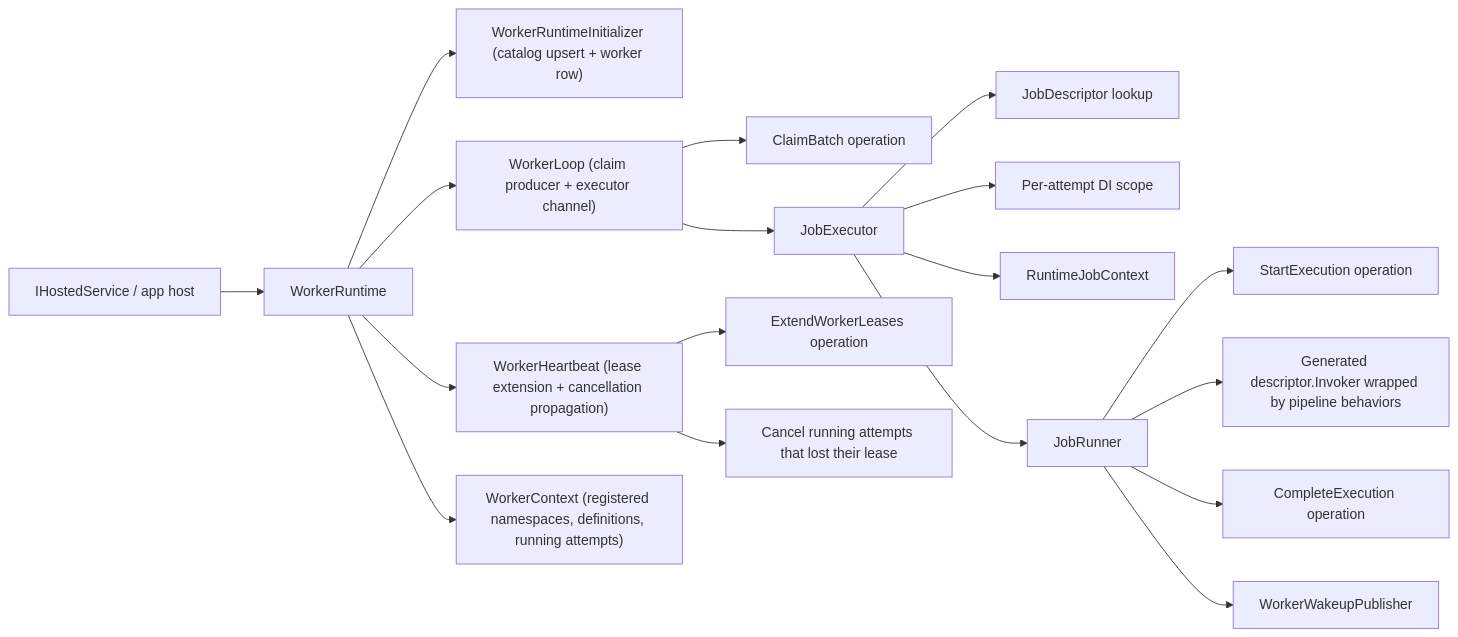
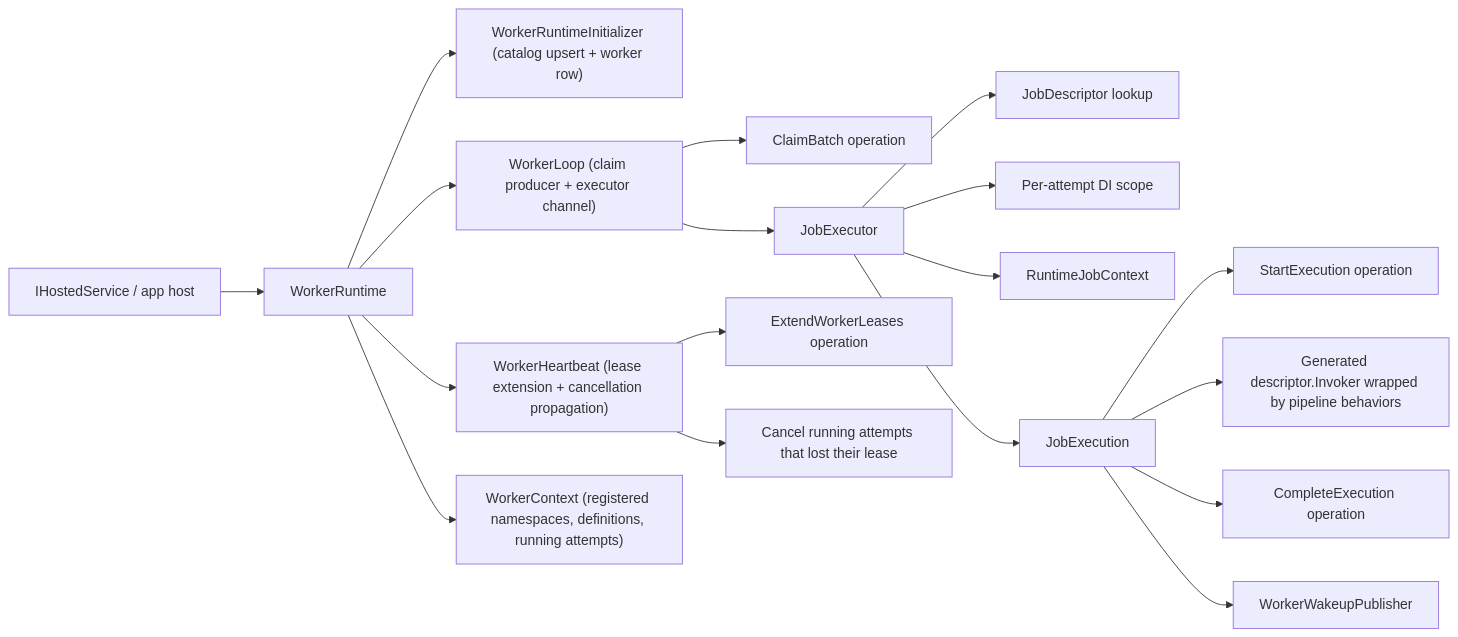
The second of 6 diagrams in docs/technical/architecture-diagrams.md (acta-dotnet/acta), drawn with Mermaid before and after one commit. The commit also changed other lines of this file and 14 other files, not shown here.

````diff
--- a/docs/technical/architecture-diagrams.md
+++ b/docs/technical/architecture-diagrams.md
@@ -84,24 +84,24 @@
 ```mermaid
 flowchart LR
     Host[IHostedService / app host] --> Runtime[WorkerRuntime]
 
     Runtime --> Initializer["WorkerRuntimeInitializer (catalog upsert + worker row)"]
     Runtime --> Loop["WorkerLoop (claim producer + executor channel)"]
     Runtime --> Heartbeat["WorkerHeartbeat (lease extension + cancellation propagation)"]
     Runtime --> Context["WorkerContext (registered namespaces, definitions, running attempts)"]
 
     Loop --> Claim[ClaimBatch operation]
     Loop --> Executor[JobExecutor]
     Executor --> Descriptor[JobDescriptor lookup]
     Executor --> AttemptScope[Per-attempt DI scope]
     Executor --> RuntimeCtx[RuntimeJobContext]
-    Executor --> Runner[JobRunner]
+    Executor --> Execution[JobExecution]
 
-    Runner --> Start[StartExecution operation]
-    Runner --> Invoke["Generated descriptor.Invoker wrapped by pipeline behaviors"]
-    Runner --> Complete[CompleteExecution operation]
-    Runner --> Wake[WorkerWakeupPublisher]
+    Execution --> Start[StartExecution operation]
+    Execution --> Invoke["Generated descriptor.Invoker wrapped by pipeline behaviors"]
+    Execution --> Complete[CompleteExecution operation]
+    Execution --> Wake[WorkerWakeupPublisher]
 
     Heartbeat --> Extend[ExtendWorkerLeases operation]
     Heartbeat --> Cancel["Cancel running attempts that lost their lease"]
 ```
````
